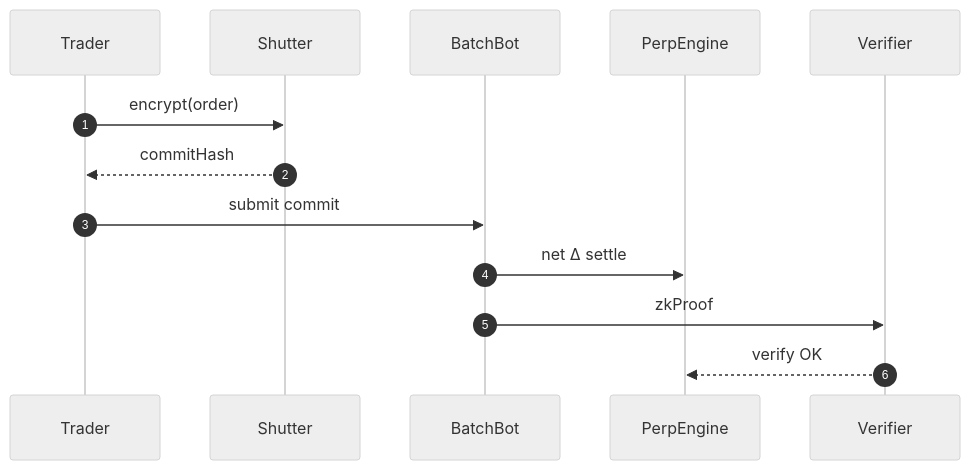
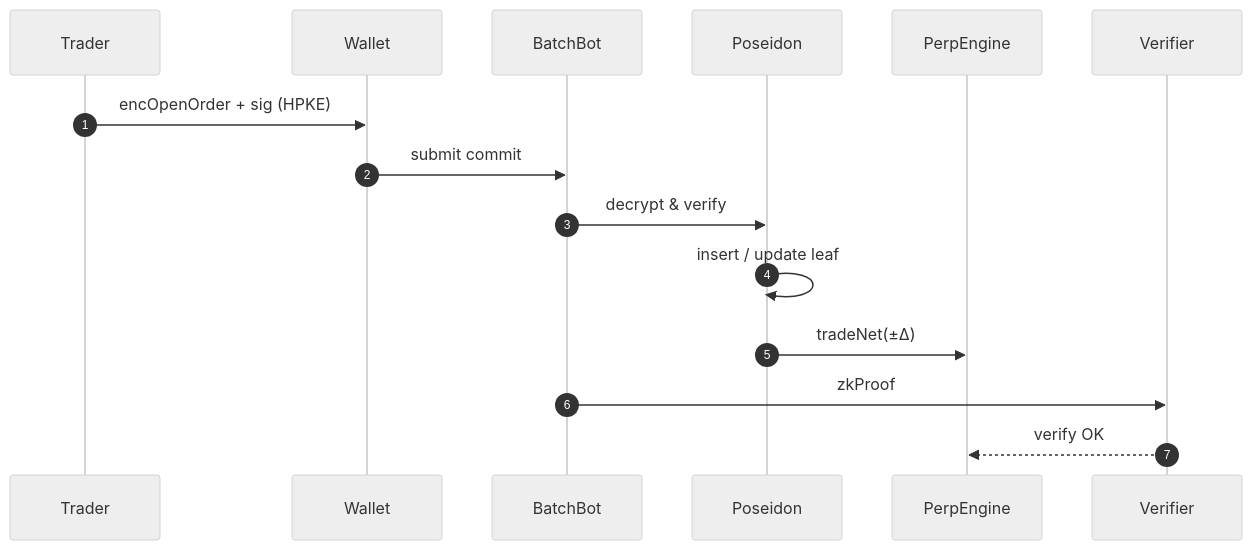
One commit to jamiebones/chainlink-hackathon changed the fourth of 4 diagrams in README.md. Above: the diagram before and after it, drawn with Mermaid (neutral theme). The commit also changed other lines of this file, not shown here.

```diff
--- a/README.md
+++ b/README.md
@@ -105,16 +105,18 @@
 ~~~mermaid
 sequenceDiagram
     autonumber
     participant Trader
-    participant Shutter
+    participant Wallet
     participant BatchBot
+    participant Poseidon
     participant PerpEngine
     participant Verifier
 
-    Trader->>Shutter: encrypt(order)
-    Shutter-->>Trader: commitHash
-    Trader->>BatchBot: submit commit
-    BatchBot->>PerpEngine: net Δ settle
+    Trader->>Wallet: encOpenOrder + sig (HPKE)
+    Wallet->>BatchBot: submit commit
+    BatchBot->>Poseidon: decrypt & verify
+    Poseidon->>Poseidon: insert / update leaf
+    Poseidon->>PerpEngine: tradeNet(±Δ)
     BatchBot->>Verifier: zkProof
     Verifier-->>PerpEngine: verify OK
 ~~~
```
